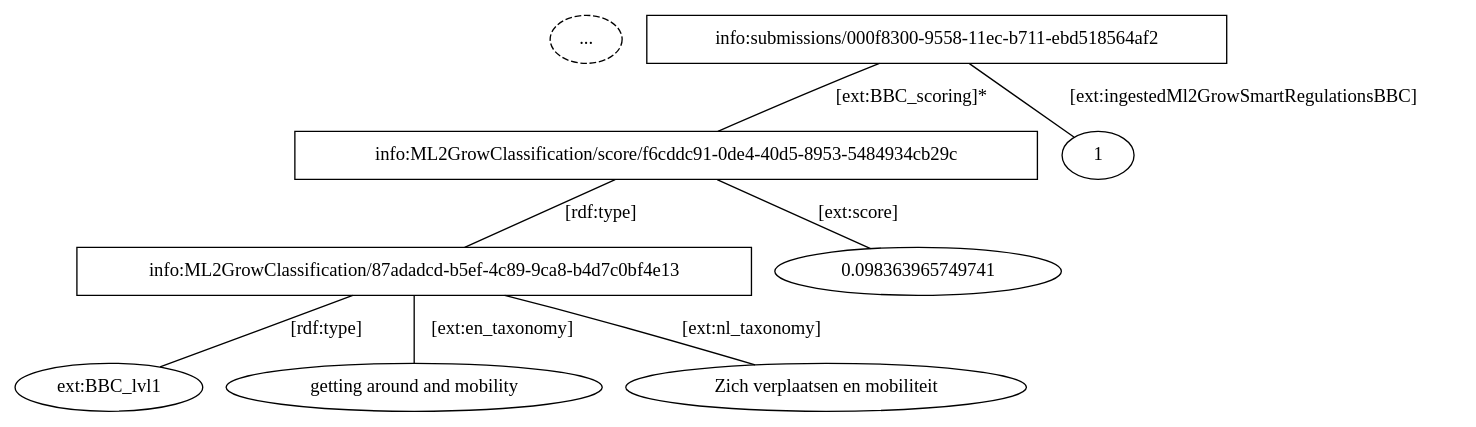
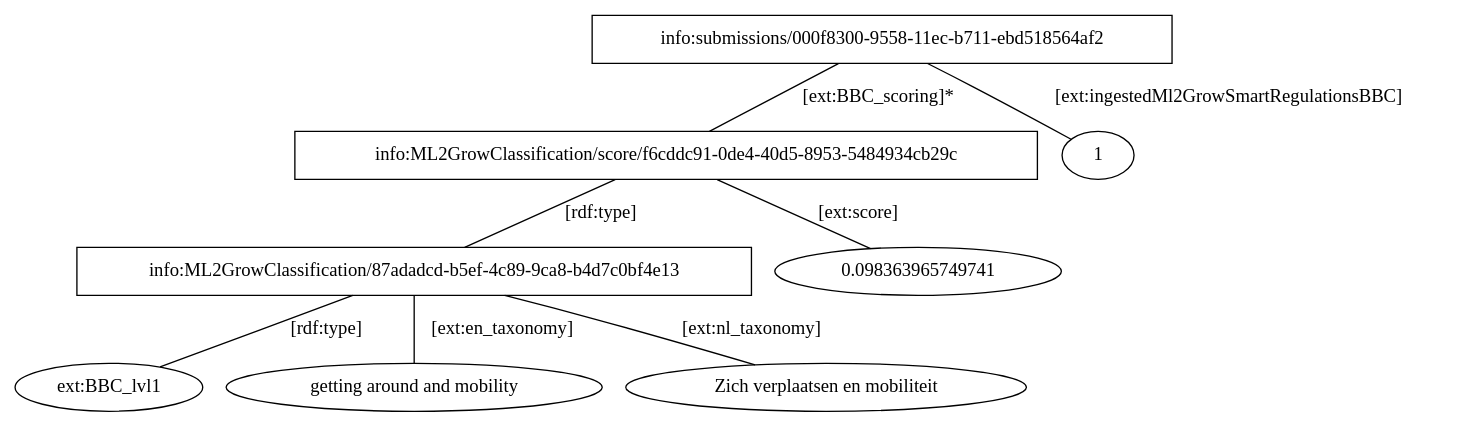
Before and after one commit to LBONTEN/Analysis-ML2Grow: the diagram in triples/Zeroshot.dot, drawn with Graphviz. The commit also changed 3 other files, not shown here.

```diff
--- a/triples/Zeroshot.dot
+++ b/triples/Zeroshot.dot
@@ -1,20 +1,19 @@
 digraph g {
-    empty_node [label="..." style="dashed"]
 
     bbc_classification [label="info:ML2GrowClassification/87adadcd-b5ef-4c89-9ca8-b4d7c0bf4e13" shape=box]
 
     bbc_classification -> "ext:BBC_lvl1" [label="[rdf:type]" dir=none]
     bbc_classification ->"getting around and mobility" [label="[ext:en_taxonomy]" dir=none]
     bbc_classification -> "Zich verplaatsen en mobiliteit" [label="[ext:nl_taxonomy]" dir=none] 
 
     subject [label="info:ML2GrowClassification/score/f6cddc91-0de4-40d5-8953-5484934cb29c" shape=box]
 
     subject -> bbc_classification [label="[rdf:type]" dir=none]
     subject -> 0.098363965749741 [label="[ext:score]" dir=none]
 
     file [label="info:submissions/000f8300-9558-11ec-b711-ebd518564af2" shape=box]
 
     file -> subject [label="[ext:BBC_scoring]*" dir=none]
     file -> 1 [label="[ext:ingestedMl2GrowSmartRegulationsBBC]" dir=none]
 
 }
```
